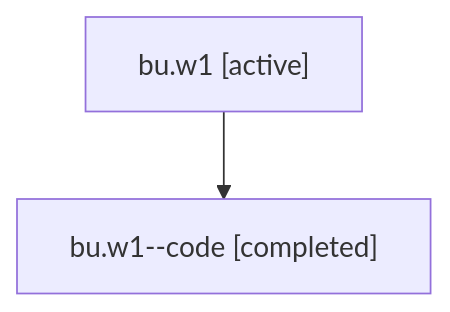
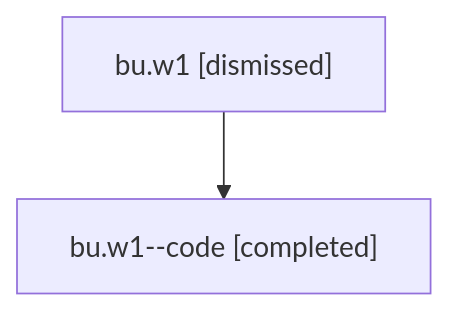
Before and after one commit to sase-org/sase--agents: the diagram in sessions/bbugyi200.athena.bu.w1.md, drawn with Mermaid. The commit also changed other lines of this file and 24 other files, not shown here.

````diff
--- a/sessions/bbugyi200.athena.bu.w1.md
+++ b/sessions/bbugyi200.athena.bu.w1.md
@@ -9,6 +9,6 @@
 ```mermaid
 flowchart TD
-  n0["bu.w1 [active]"]
+  n0["bu.w1 [dismissed]"]
   n1["bu.w1--code [completed]"]
   n0 --> n1
 ```
````
